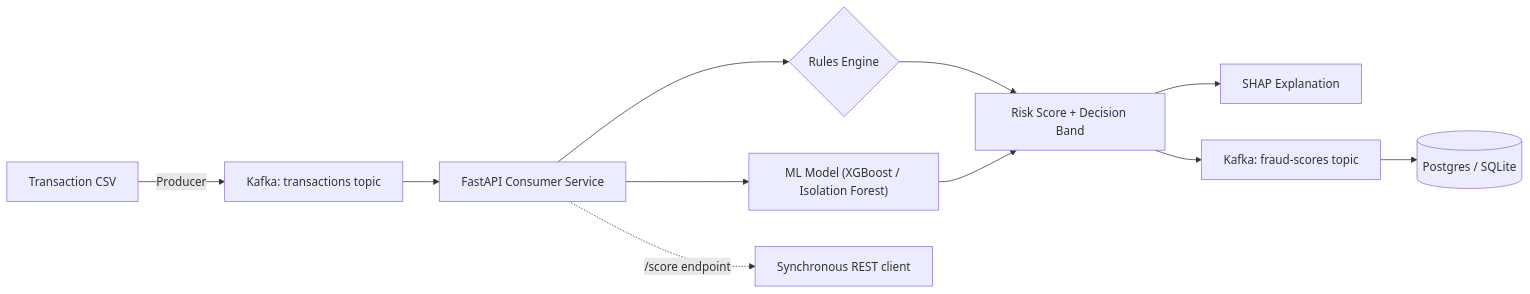
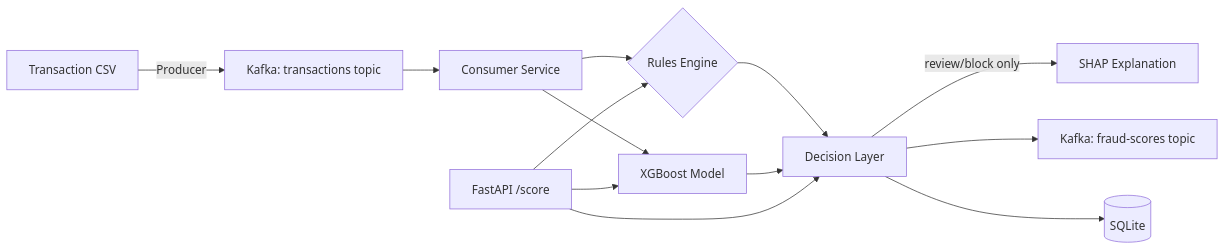
The diagram in README.md (RahimAbbas55/Fraud-Radar-ML), drawn with Mermaid before and after one commit. The commit also changed other lines of this file, not shown here.

````diff
--- a/README.md
+++ b/README.md
@@ -25,13 +28,15 @@
 ```mermaid
 flowchart LR
     A[Transaction CSV] -->|Producer| B[Kafka: transactions topic]
-    B --> C[FastAPI Consumer Service]
+    B --> C[Consumer Service]
     C --> D{Rules Engine}
-    C --> E["ML Model (XGBoost / Isolation Forest)"]
-    D --> F[Risk Score + Decision Band]
+    C --> E[XGBoost Model]
+    D --> F[Decision Layer]
     E --> F
-    F --> G[SHAP Explanation]
+    F -->|review/block only| G[SHAP Explanation]
     F --> H[Kafka: fraud-scores topic]
-    H --> I[(Postgres / SQLite)]
-    C -.->|/score endpoint| J[Synchronous REST client]
+    F --> I[(SQLite)]
+    J[FastAPI /score] --> D
+    J --> E
+    J --> F
 ```
````
